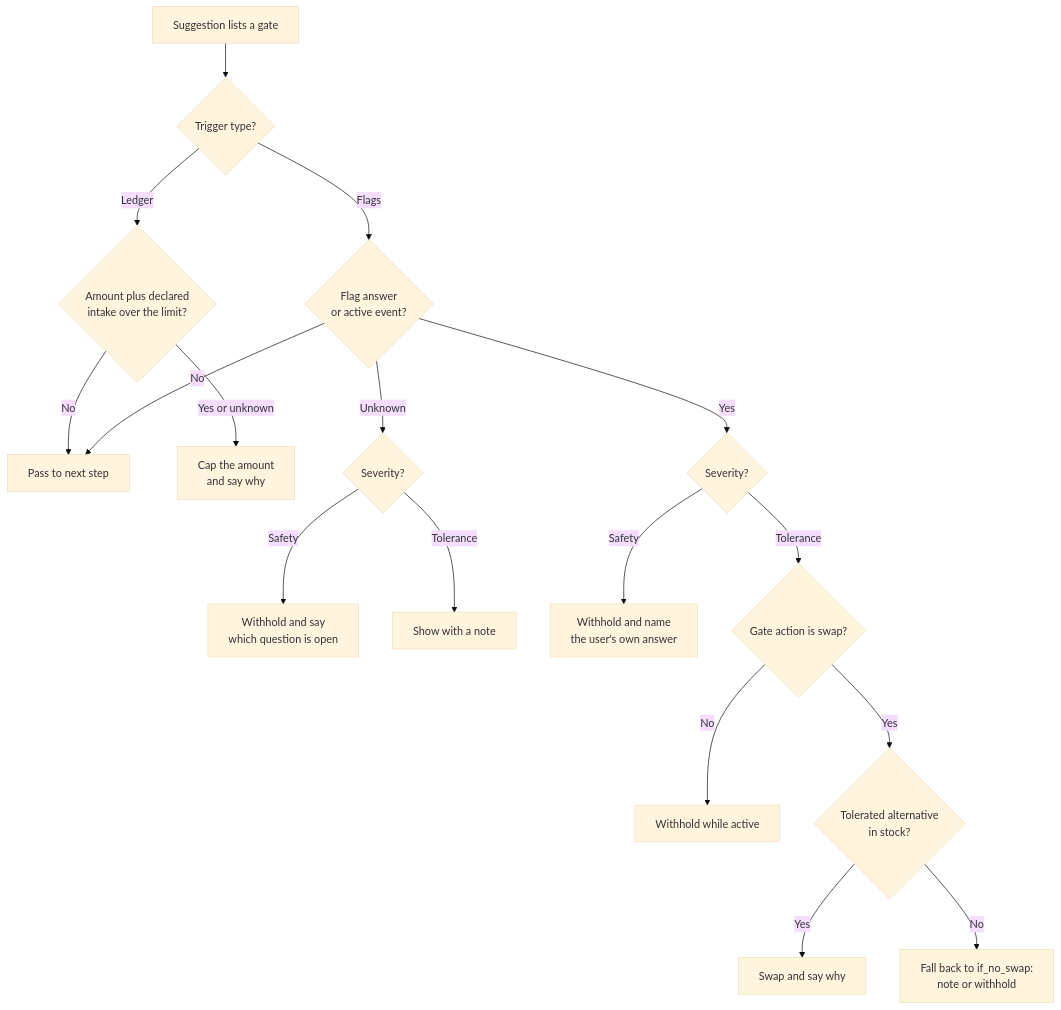
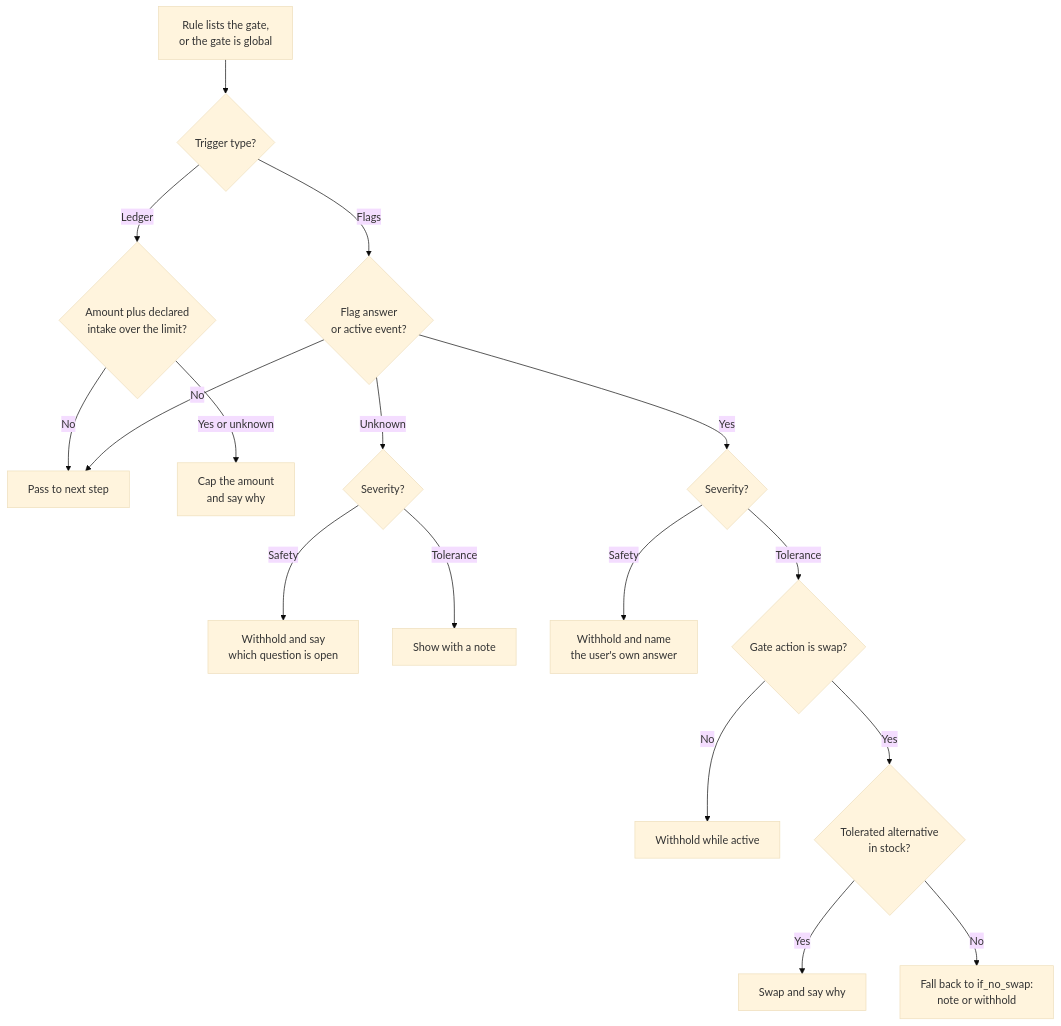
One commit to dev-nobytes-io/Grocy-Bioavaiability-and-Interactions-Reccomendation-Engine changed the second of 4 diagrams in docs/science/safety-model.md. Above: the diagram before and after it, drawn with Mermaid (base theme). The commit also changed other lines of this file and 18 other files, not shown here.

````diff
--- a/docs/science/safety-model.md
+++ b/docs/science/safety-model.md
@@ -53,19 +53,19 @@
 ```mermaid
 flowchart TD
-  S["Suggestion lists a gate"] --> T{"Trigger type?"}
+  S["Rule lists the gate,<br/>or the gate is global"] --> T{"Trigger type?"}
   T -->|"Flags"| Q{"Flag answer<br/>or active event?"}
   T -->|"Ledger"| L{"Amount plus declared<br/>intake over the limit?"}
   L -->|"No"| PASS["Pass to next step"]
   L -->|"Yes or unknown"| CAP["Cap the amount<br/>and say why"]
   Q -->|"No"| PASS
   Q -->|"Yes"| SEV{"Severity?"}
   Q -->|"Unknown"| USEV{"Severity?"}
   USEV -->|"Safety"| WH["Withhold and say<br/>which question is open"]
   USEV -->|"Tolerance"| NOTE["Show with a note"]
   SEV -->|"Safety"| WH2["Withhold and name<br/>the user's own answer"]
   SEV -->|"Tolerance"| ACT{"Gate action is swap?"}
   ACT -->|"No"| WH3["Withhold while active"]
   ACT -->|"Yes"| SW{"Tolerated alternative<br/>in stock?"}
   SW -->|"Yes"| SWAP["Swap and say why"]
   SW -->|"No"| NOSW["Fall back to if_no_swap:<br/>note or withhold"]
 ```
````
